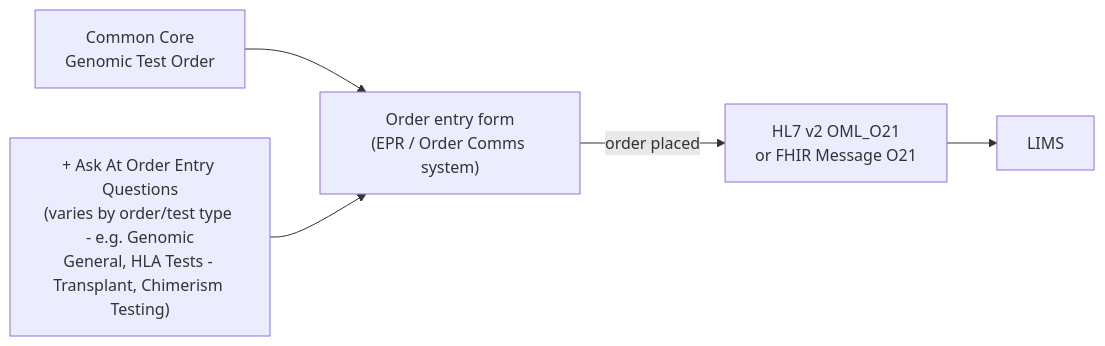
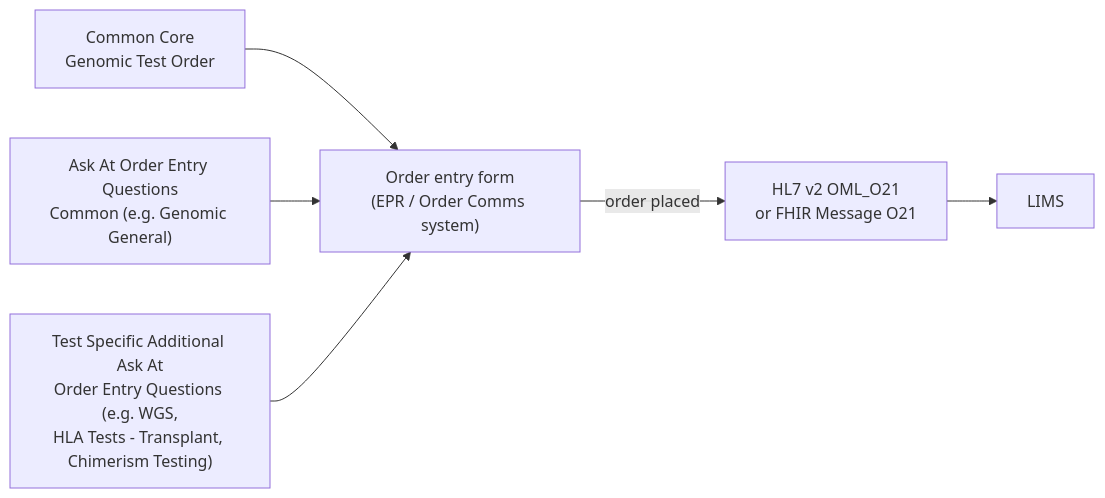
The third of 4 diagrams in input/pagecontent/Questionnaire-GenomicTestOrder-intro.md (nw-gmsa/nw-gmsa.github.com), drawn with Mermaid before and after one commit. The commit also changed other lines of this file and 13 other files, not shown here.

````diff
--- a/input/pagecontent/Questionnaire-GenomicTestOrder-intro.md
+++ b/input/pagecontent/Questionnaire-GenomicTestOrder-intro.md
@@ -238,13 +238,15 @@
 ```mermaid
 flowchart LR
     CORE["Common Core<br/>Genomic Test Order"]
-    AAOE["+ Ask At Order Entry Questions<br/>(varies by order/test type - e.g. Genomic<br/>General, HLA Tests - Transplant, Chimerism Testing)"]
+    AAOEC["Ask At Order Entry Questions<br/>Common (e.g. Genomic General)"]
+    AAOET["Test Specific Additional Ask At<br/>Order Entry Questions (e.g. WGS,<br/>HLA Tests - Transplant, Chimerism Testing)"]
     QNAIRE["Order entry form<br/>(EPR / Order Comms system)"]
     MSG["HL7 v2 OML_O21<br/>or FHIR Message O21"]
     LIMS["LIMS"]
 
     CORE --> QNAIRE
-    AAOE --> QNAIRE
+    AAOEC --> QNAIRE
+    AAOET --> QNAIRE
     QNAIRE -->|"order placed"| MSG
     MSG --> LIMS
 ```
````
